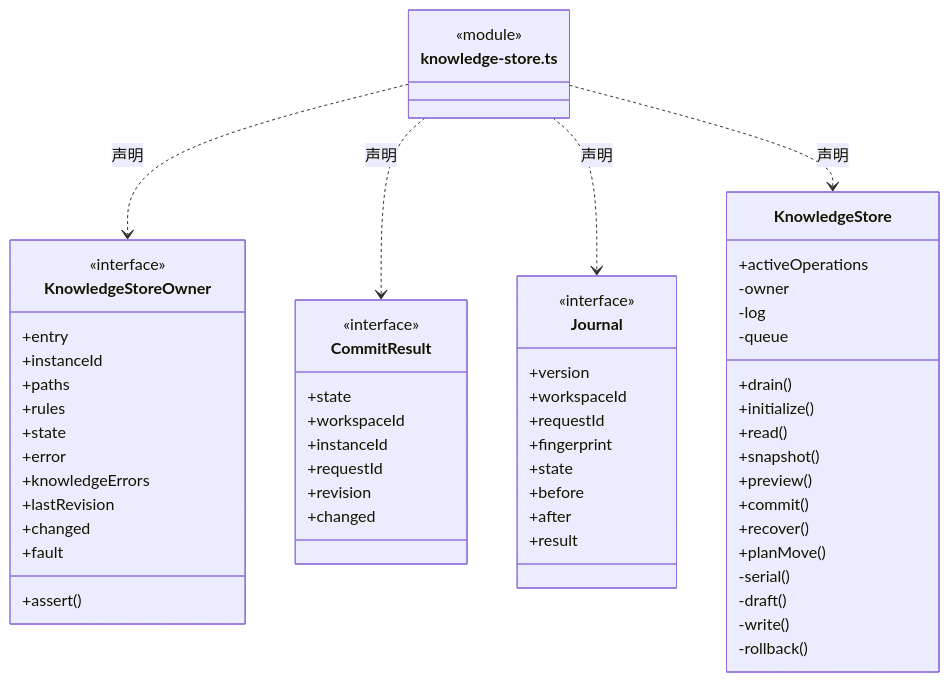
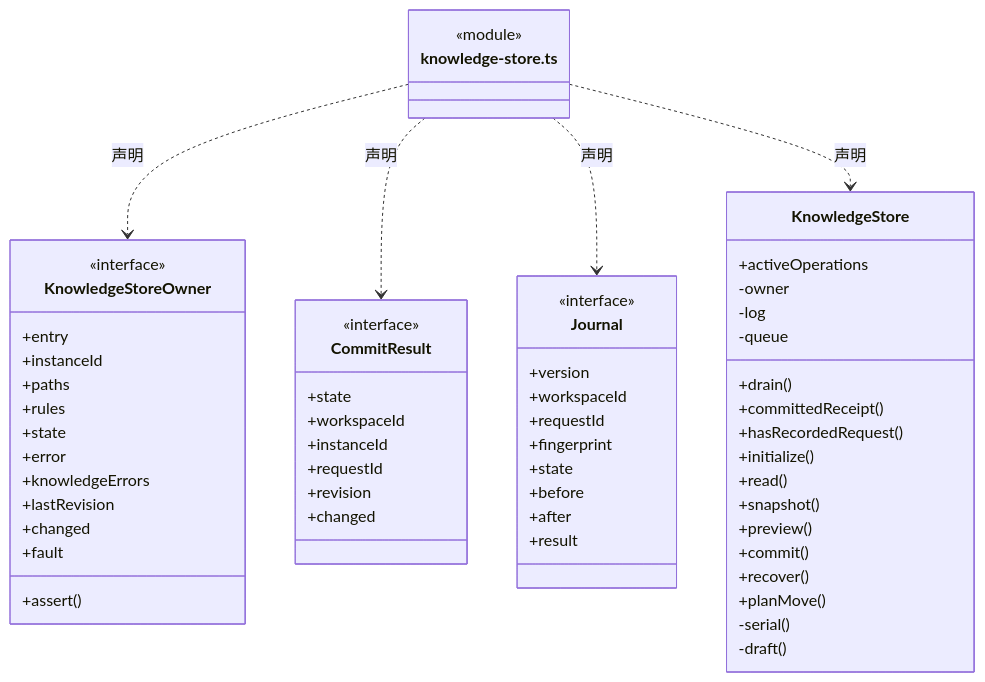
Before and after one commit to nan023062/cbim: the second of 5 diagrams in src/backend/main/persistence/knowledge/ARCHITECTURE.md, drawn with Mermaid. The commit also changed other lines of this file and 49 other files, not shown here.

````diff
--- a/src/backend/main/persistence/knowledge/ARCHITECTURE.md
+++ b/src/backend/main/persistence/knowledge/ARCHITECTURE.md
@@ -33,62 +35,62 @@
 ```mermaid
 classDiagram
 class N_src_backend_main_persistence_knowledge_knowledge_store_ts["knowledge-store.ts"] {
   <<module>>
 }
 class N_src_backend_main_persistence_knowledge_knowledge_store_ts_KnowledgeStoreOwner["KnowledgeStoreOwner"] {
   <<interface>>
   +entry
   +instanceId
   +paths
   +rules
   +state
   +error
   +knowledgeErrors
   +lastRevision
   +changed
   +fault
   +assert()
 }
 N_src_backend_main_persistence_knowledge_knowledge_store_ts ..> N_src_backend_main_persistence_knowledge_knowledge_store_ts_KnowledgeStoreOwner : 声明
 class N_src_backend_main_persistence_knowledge_knowledge_store_ts_CommitResult["CommitResult"] {
   <<interface>>
   +state
   +workspaceId
   +instanceId
   +requestId
   +revision
   +changed
 }
 N_src_backend_main_persistence_knowledge_knowledge_store_ts ..> N_src_backend_main_persistence_knowledge_knowledge_store_ts_CommitResult : 声明
 class N_src_backend_main_persistence_knowledge_knowledge_store_ts_Journal["Journal"] {
   <<interface>>
   +version
   +workspaceId
   +requestId
   +fingerprint
   +state
   +before
   +after
   +result
 }
 N_src_backend_main_persistence_knowledge_knowledge_store_ts ..> N_src_backend_main_persistence_knowledge_knowledge_store_ts_Journal : 声明
 class N_src_backend_main_persistence_knowledge_knowledge_store_ts_KnowledgeStore["KnowledgeStore"] {
   +activeOperations
   +drain()
+  +committedReceipt()
+  +hasRecordedRequest()
   +initialize()
   +read()
   +snapshot()
   +preview()
   +commit()
   +recover()
   +planMove()
   -owner
   -log
   -queue
   -serial()
   -draft()
-  -write()
-  -rollback()
 }
 N_src_backend_main_persistence_knowledge_knowledge_store_ts ..> N_src_backend_main_persistence_knowledge_knowledge_store_ts_KnowledgeStore : 声明
 ```
````
